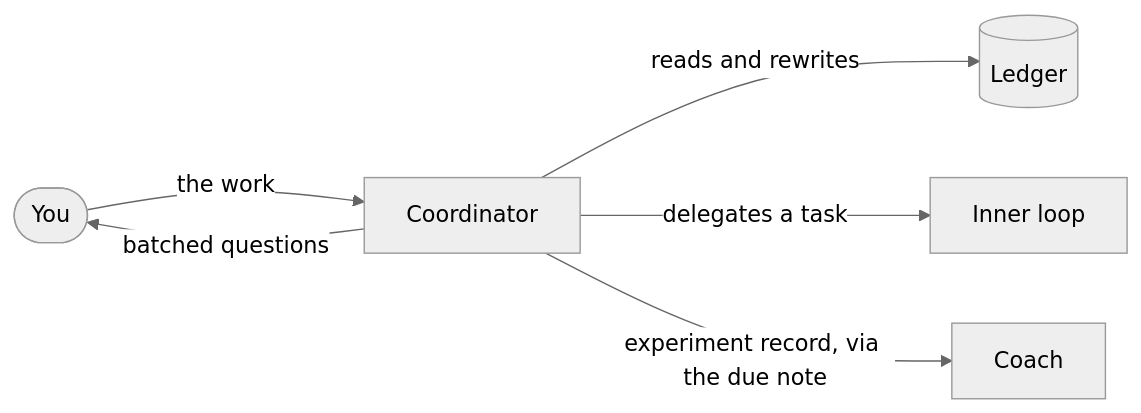
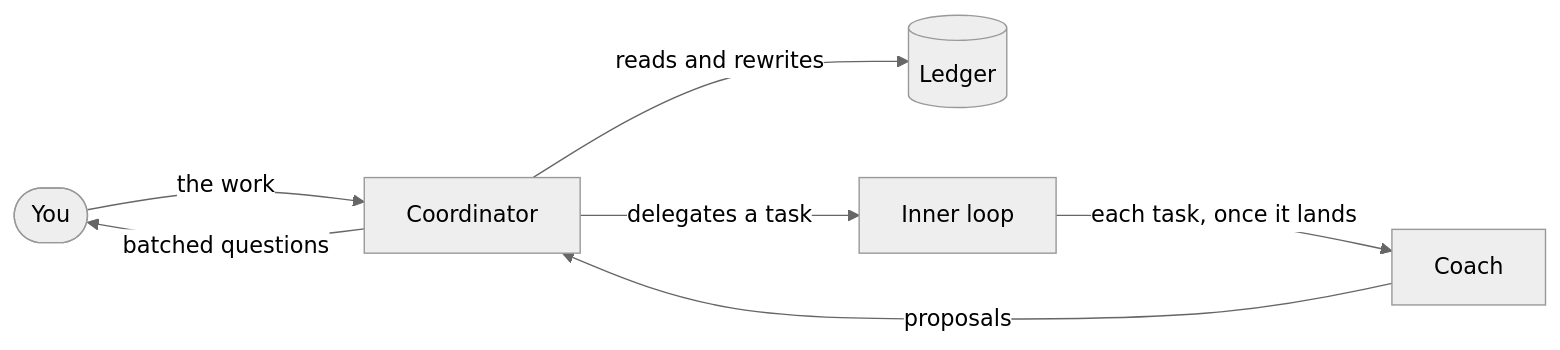
One commit to cniska/agent-skills changed the second of 4 diagrams in docs/loops.md. Above: the diagram before and after it, drawn with Mermaid (neutral theme). The commit also changed other lines of this file and 14 other files, not shown here.

Commit message:
feat(coach): coach each task once it lands

````diff
--- a/docs/loops.md
+++ b/docs/loops.md
@@ -55,8 +55,9 @@
 ```mermaid
 flowchart LR
   you(["You"]) -- "the work" --> lead["Coordinator"]
   lead -- "batched questions" --> you
   lead -- "reads and rewrites" --> ledger[("Ledger")]
   lead -- "delegates a task" --> inner["Inner loop"]
-  lead -- "experiment record, via the due note" --> coach["Coach"]
+  inner -- "each task, once it lands" --> coach["Coach"]
+  coach -- "proposals" --> lead
 ```
````
